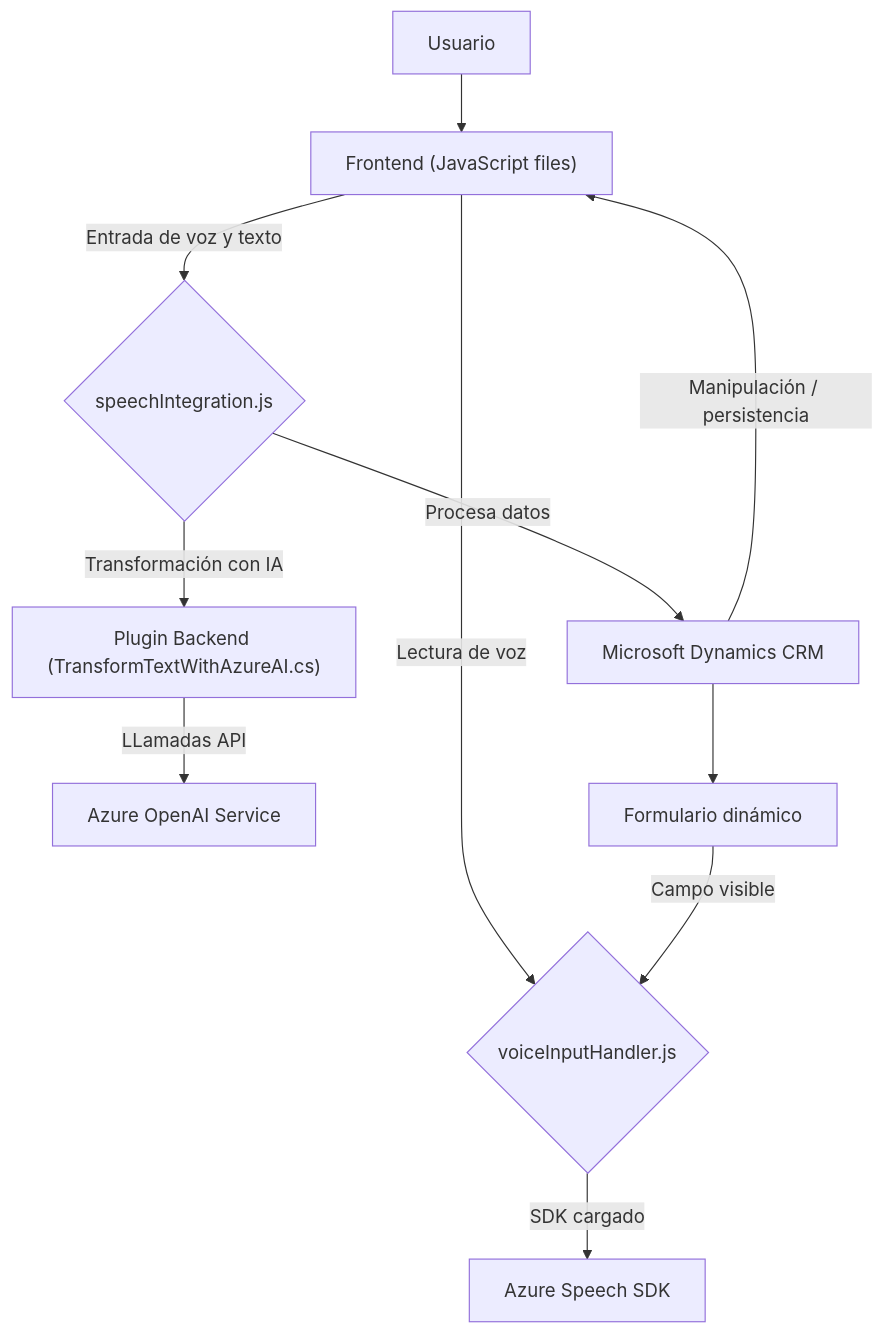
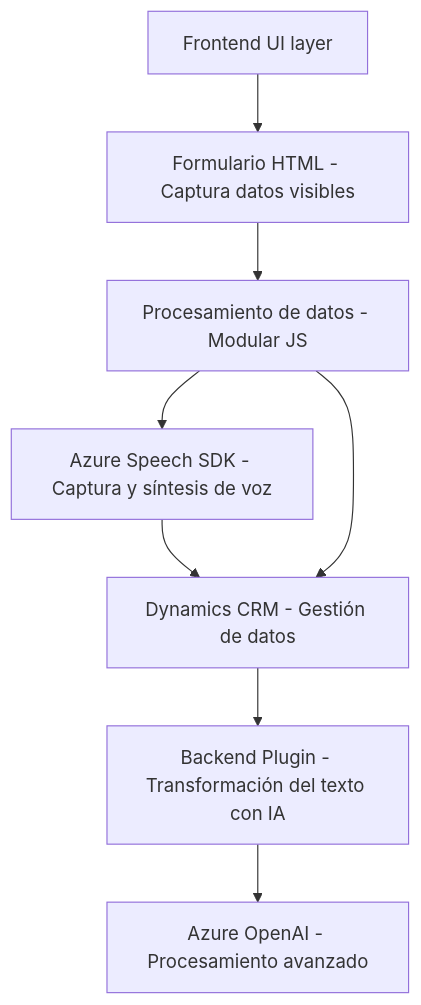
The diagram in README.md (blopezdm/NETCORE_BILBAO2025), drawn with Mermaid before and after one commit. The commit also changed other lines of this file, not shown here.

Commit message:
Actualizar análisis global de la solución con IA

````diff
--- a/README.md
+++ b/README.md
@@ -33,23 +38,18 @@
 ```mermaid
 graph TD
-    A["Usuario"]
-    B["Frontend (JavaScript files)"]
-    C{"voiceInputHandler.js"}
-    D{"speechIntegration.js"}
-    E["Plugin Backend (TransformTextWithAzureAI.cs)"]
-    F["Microsoft Dynamics CRM"]
-    G["Azure Speech SDK"]
-    H["Azure OpenAI Service"]
-    I["Formulario dinámico"]
-    
+    A["Frontend UI layer"]
+    B["Formulario HTML - Captura datos visibles"]
+    C["Procesamiento de datos - Modular JS"]
+    D["Azure Speech SDK - Captura y síntesis de voz"]
+    E["Backend Plugin - Transformación del texto con IA"]
+    F["Dynamics CRM - Gestión de datos"]
+    G["Azure OpenAI - Procesamiento avanzado"]
+
     A --> B
-    B -->|Lectura de voz| C
-    C -->|SDK cargado| G
-    B -->|Entrada de voz y texto| D
-    D -->|Procesa datos| F
-    D -->|Transformación con IA| E
-    E -->|LLamadas API| H
-    F --> I
-    I -->|Campo visible| C
-    F -->|Manipulación / persistencia| B
+    B --> C
+    C --> D
+    D --> F
+    C --> F
+    F --> E
+    E --> G
 ```
````
